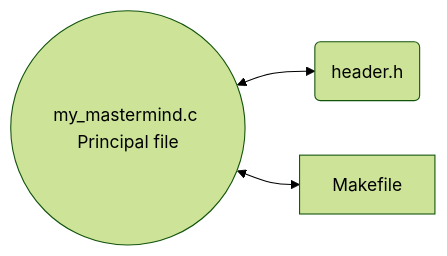
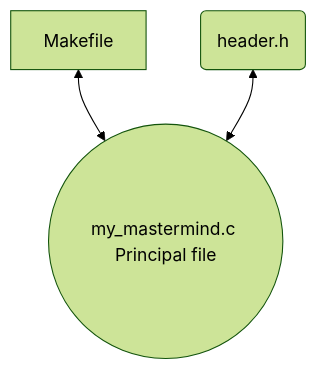
One commit to EliasFCS/Colint-School changed the diagram in B1_(2026-2027)/B1_Evaluations/My_Mastermind/README.md. Above: the diagram before and after it, drawn with Mermaid (forest theme).

Commit message:
Docs: Mastermind Readme.md Optimisation

````diff
--- a/B1_(2026-2027)/B1_Evaluations/My_Mastermind/README.md
+++ b/B1_(2026-2027)/B1_Evaluations/My_Mastermind/README.md
@@ -610,5 +610,6 @@
 ```mermaid
-flowchart LR
-    Root((my_mastermind.c Principal file)) <--> B1_1(header.h)
-    Root <--> B1_2[Makefile]
+flowchart BT
+    Root((my_mastermind.c Principal file))
+    Root <--> B1_1[Makefile]
+    Root <--> B1_2(header.h)
 ```
````
